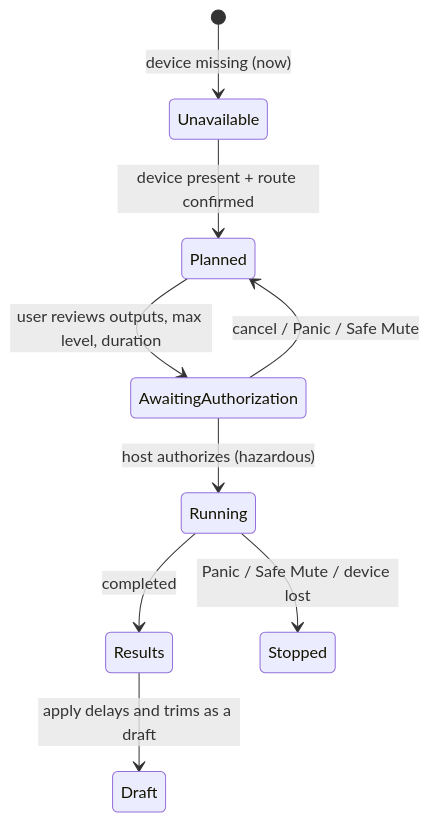
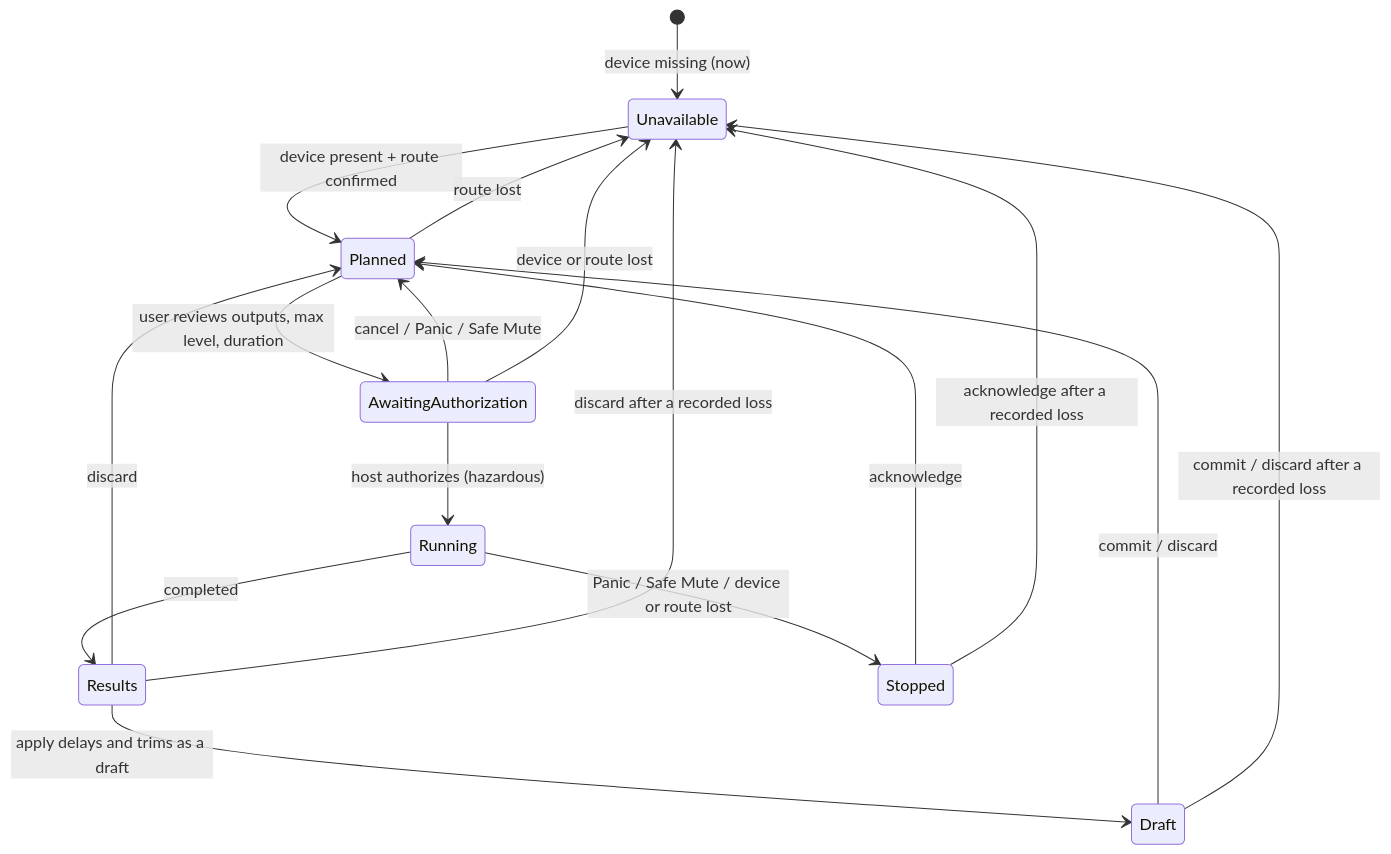
Before and after one commit to djensenius/FluxKlang: the diagram in docs/transformation/workspace-ux/spatial.md, drawn with Mermaid. The commit also changed other lines of this file and 1 other file, not shown here.

First line of the commit message:
docs: document spatial calibration loss and restore rules (#116)

````diff
--- a/docs/transformation/workspace-ux/spatial.md
+++ b/docs/transformation/workspace-ux/spatial.md
@@ -127,11 +127,19 @@
 ```mermaid
 stateDiagram-v2
   [*] --> Unavailable: device missing (now)
   Unavailable --> Planned: device present + route confirmed
+  Planned --> Unavailable: route lost
   Planned --> AwaitingAuthorization: user reviews outputs, max level, duration
   AwaitingAuthorization --> Running: host authorizes (hazardous)
   AwaitingAuthorization --> Planned: cancel / Panic / Safe Mute
+  AwaitingAuthorization --> Unavailable: device or route lost
   Running --> Results: completed
-  Running --> Stopped: Panic / Safe Mute / device lost
+  Running --> Stopped: Panic / Safe Mute / device or route lost
   Results --> Draft: apply delays and trims as a draft
+  Results --> Planned: discard
+  Results --> Unavailable: discard after a recorded loss
+  Stopped --> Planned: acknowledge
+  Stopped --> Unavailable: acknowledge after a recorded loss
+  Draft --> Planned: commit / discard
+  Draft --> Unavailable: commit / discard after a recorded loss
 ```
````
